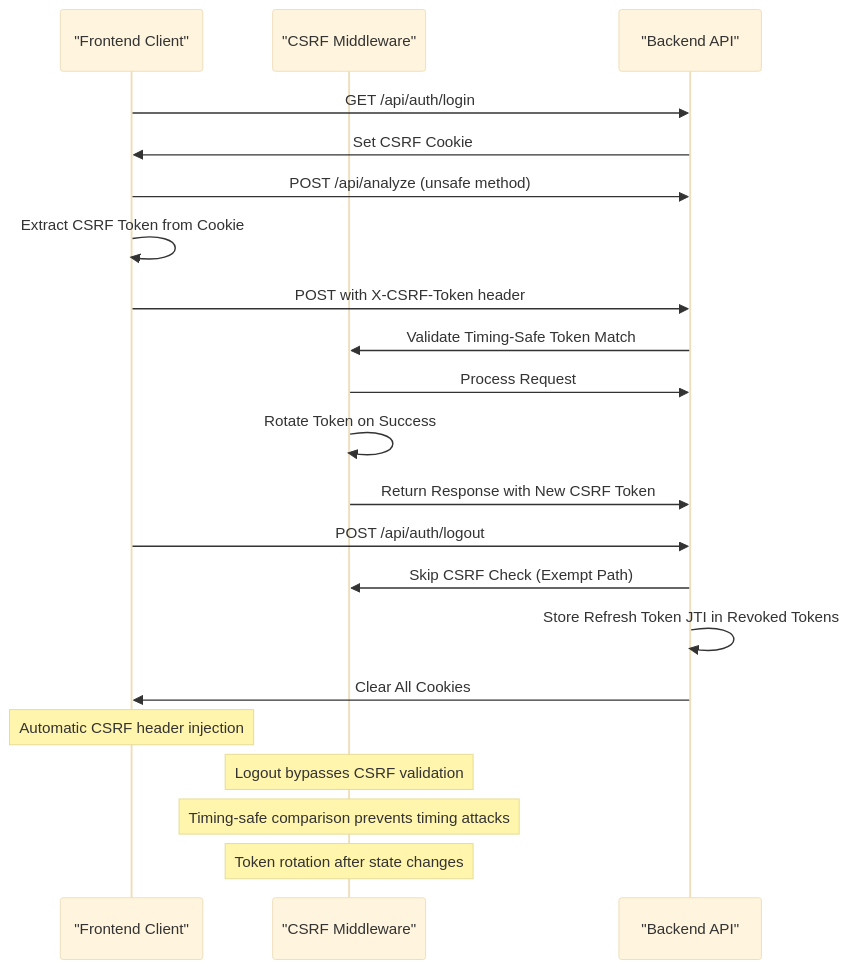
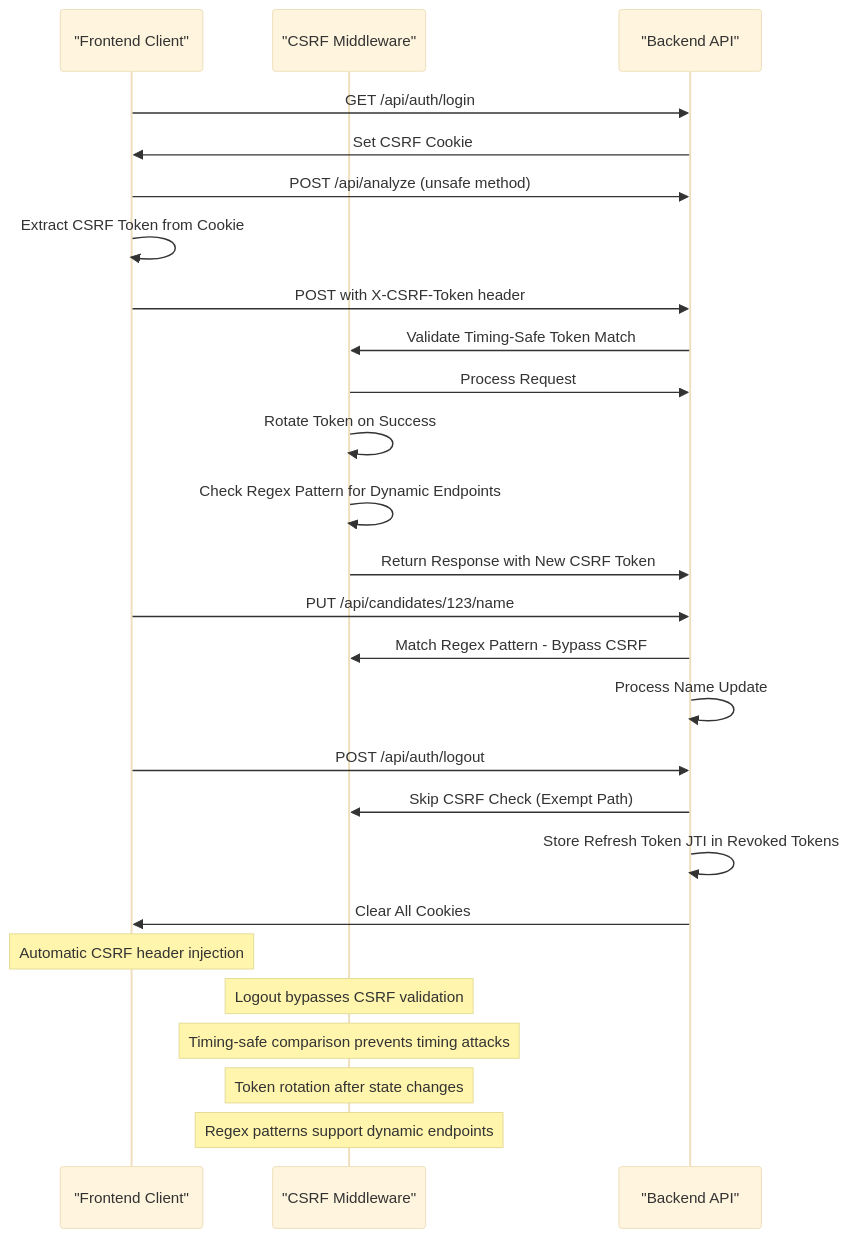
One commit to Revanththetalogics/aireume changed the sixth of 7 diagrams in .qoder/repowiki/en/content/Advanced Topics/Security Hardening/CSRF Protection Middleware.md. Above: the diagram before and after it, drawn with Mermaid (base theme). The commit also changed other lines of this file and 4 other files, not shown here.

````diff
--- a/.qoder/repowiki/en/content/Advanced Topics/Security Hardening/CSRF Protection Middleware.md
+++ b/.qoder/repowiki/en/content/Advanced Topics/Security Hardening/CSRF Protection Middleware.md
@@ -320,23 +377,28 @@
 ```mermaid
 sequenceDiagram
 participant Frontend as "Frontend Client"
 participant CSRF as "CSRF Middleware"
 participant Backend as "Backend API"
 Frontend->>Backend : GET /api/auth/login
 Backend->>Frontend : Set CSRF Cookie
 Frontend->>Backend : POST /api/analyze (unsafe method)
 Frontend->>Frontend : Extract CSRF Token from Cookie
 Frontend->>Backend : POST with X-CSRF-Token header
 Backend->>CSRF : Validate Timing-Safe Token Match
 CSRF->>Backend : Process Request
 CSRF->>CSRF : Rotate Token on Success
+CSRF->>CSRF : Check Regex Pattern for Dynamic Endpoints
 CSRF->>Backend : Return Response with New CSRF Token
+Frontend->>Backend : PUT /api/candidates/123/name
+Backend->>CSRF : Match Regex Pattern - Bypass CSRF
+Backend->>Backend : Process Name Update
 Frontend->>Backend : POST /api/auth/logout
 Backend->>CSRF : Skip CSRF Check (Exempt Path)
 Backend->>Backend : Store Refresh Token JTI in Revoked Tokens
 Backend->>Frontend : Clear All Cookies
 Note over Frontend : Automatic CSRF header injection
 Note over CSRF : Logout bypasses CSRF validation
 Note over CSRF : Timing-safe comparison prevents timing attacks
 Note over CSRF : Token rotation after state changes
+Note over CSRF : Regex patterns support dynamic endpoints
 ```
````
